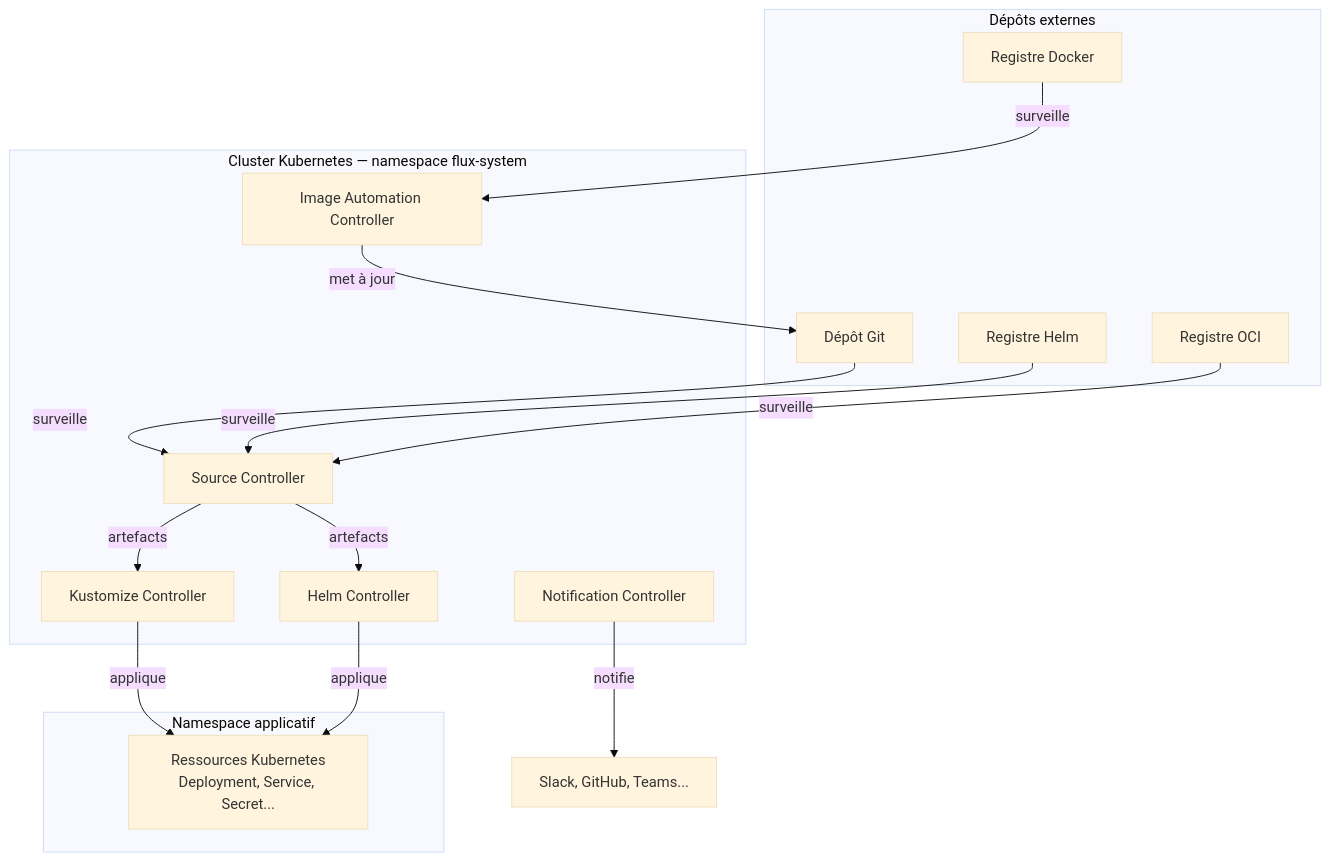
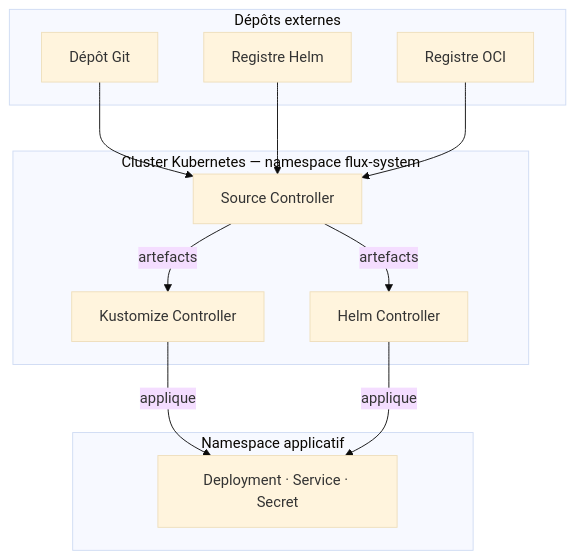
The first of 3 diagrams in content/partie-1-fondamentaux/architecture-flux.md (gpeyet-learning/guide-fluxcd), drawn with Mermaid (base theme) before and after one commit. The commit also changed other lines of this file, not shown here.

Commit message:
content(fluxcd): split architecture overview into two focused diagrams

````diff
--- a/content/partie-1-fondamentaux/architecture-flux.md
+++ b/content/partie-1-fondamentaux/architecture-flux.md
@@ -10,33 +12,26 @@
 ```mermaid
 graph TD
-    subgraph "Dépôts externes"
+    subgraph EXT["Dépôts externes"]
         GIT[Dépôt Git]
         HELM[Registre Helm]
         OCI[Registre OCI]
-        REG[Registre Docker]
     end
 
-    subgraph "Cluster Kubernetes — namespace flux-system"
+    subgraph CLUSTER["Cluster Kubernetes — namespace flux-system"]
         SC[Source Controller]
         KC[Kustomize Controller]
         HC[Helm Controller]
-        NC[Notification Controller]
-        IAC[Image Automation Controller]
     end
 
-    subgraph "Namespace applicatif"
-        APP[Ressources Kubernetes\nDeployment, Service, Secret...]
+    subgraph NS["Namespace applicatif"]
+        APP["Deployment · Service · Secret"]
     end
 
-    GIT -->|surveille| SC
-    HELM -->|surveille| SC
-    OCI -->|surveille| SC
-    REG -->|surveille| IAC
-
+    GIT --> SC
+    HELM --> SC
+    OCI --> SC
     SC -->|artefacts| KC
     SC -->|artefacts| HC
     KC -->|applique| APP
     HC -->|applique| APP
-    IAC -->|met à jour| GIT
-    NC -->|notifie| EXT[Slack, GitHub, Teams...]
 ```
````
